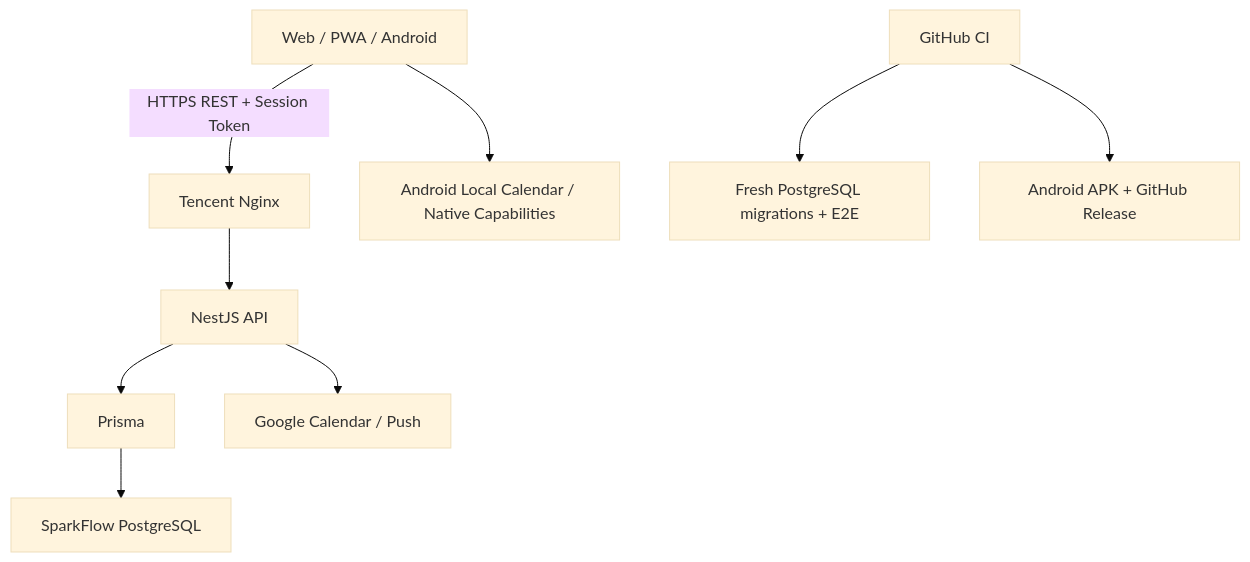
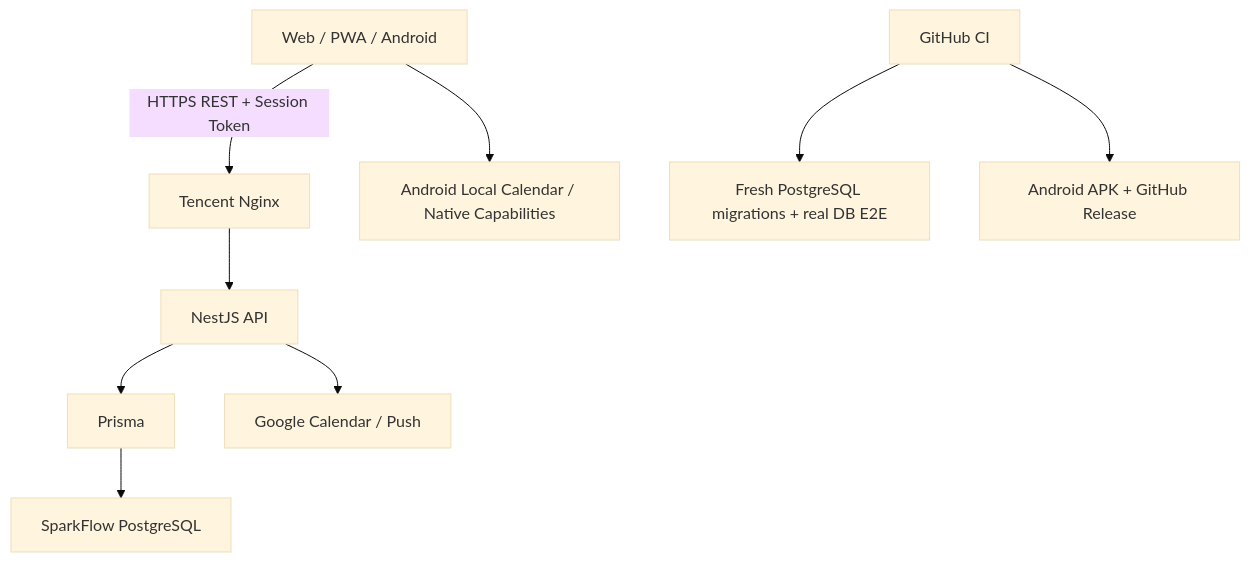
One commit to tiads031-boop/sparkflow changed the first of 2 diagrams in PROJECT_BLUEPRINT.md. Above: the diagram before and after it, drawn with Mermaid (base theme). The commit also changed other lines of this file, not shown here.

Commit message:
docs: align blueprint with expanded PostgreSQL evidence

````diff
--- a/PROJECT_BLUEPRINT.md
+++ b/PROJECT_BLUEPRINT.md
@@ -78,11 +78,11 @@
 ```mermaid
 flowchart TD
     A["Web / PWA / Android"] -->|"HTTPS REST + Session Token"| B["Tencent Nginx"]
     B --> C["NestJS API"]
     C --> D["Prisma"]
     D --> E["SparkFlow PostgreSQL"]
     C --> F["Google Calendar / Push"]
     A --> G["Android Local Calendar / Native Capabilities"]
-    H["GitHub CI"] --> I["Fresh PostgreSQL migrations + E2E"]
+    H["GitHub CI"] --> I["Fresh PostgreSQL migrations + real DB E2E"]
     H --> J["Android APK + GitHub Release"]
 ```
````
